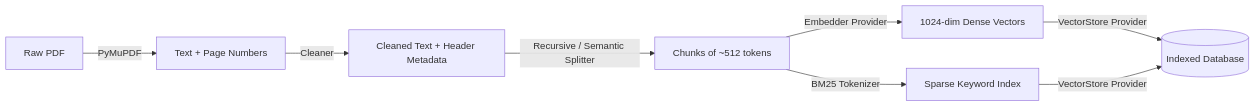
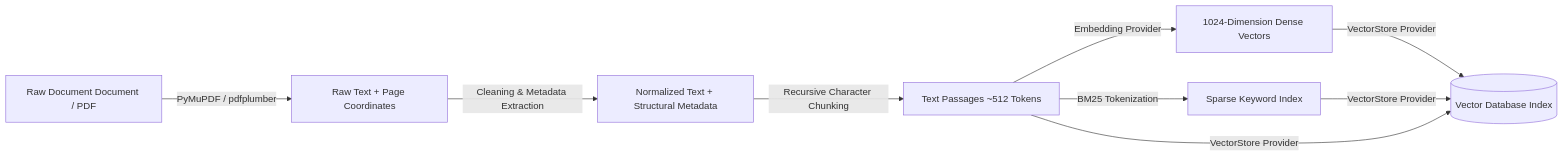
The second of 3 diagrams in INTERVIEW_REVISION_GUIDE.md (ChinmoyJyotiKathar/Invariable-Docs), drawn with Mermaid before and after one commit. The commit also changed other lines of this file, not shown here.

Commit message:
docs: standardize and refine architecture and interview reference guide

````diff
--- a/INTERVIEW_REVISION_GUIDE.md
+++ b/INTERVIEW_REVISION_GUIDE.md
@@ -50,9 +51,9 @@
 ```mermaid
 flowchart LR
-    A[Raw PDF] -->|PyMuPDF| B[Text + Page Numbers]
-    B -->|Cleaner| C[Cleaned Text + Header Metadata]
-    C -->|Recursive / Semantic Splitter| D[Chunks of ~512 tokens]
-    D -->|Embedder Provider| E[1024-dim Dense Vectors]
-    D -->|BM25 Tokenizer| F[Sparse Keyword Index]
-    E & F -->|VectorStore Provider| G[(Indexed Database)]
+    A[Raw Document Document / PDF] -->|PyMuPDF / pdfplumber| B[Raw Text + Page Coordinates]
+    B -->|Cleaning & Metadata Extraction| C[Normalized Text + Structural Metadata]
+    C -->|Recursive Character Chunking| D[Text Passages ~512 Tokens]
+    D -->|Embedding Provider| E[1024-Dimension Dense Vectors]
+    D -->|BM25 Tokenization| F[Sparse Keyword Index]
+    E & F & D -->|VectorStore Provider| G[(Vector Database Index)]
 ```
````
